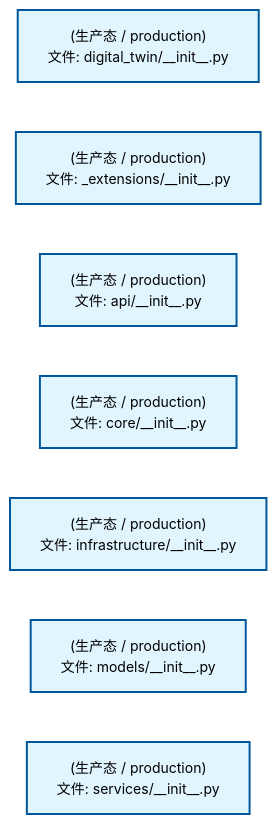
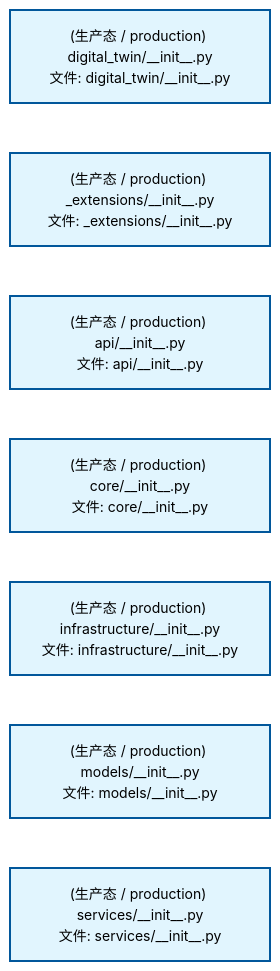
The first of 2 diagrams in docs/02_enterprise_architecture/02_domain_architecture_docs/42_d_digital_twin.md (xuanFelixVan/ZephyrAlpha), drawn with Mermaid before and after one commit. The commit also changed other lines of this file and 77 other files, not shown here.

````diff
--- a/docs/02_enterprise_architecture/02_domain_architecture_docs/42_d_digital_twin.md
+++ b/docs/02_enterprise_architecture/02_domain_architecture_docs/42_d_digital_twin.md
@@ -53,22 +53,22 @@
 ```mermaid
 %%{init: {'theme': 'base', 'themeVariables': {'primaryColor': '#eaeaea', 'primaryTextColor': '#333333', 'primaryBorderColor': '#666666', 'lineColor': '#666666', 'secondaryColor': '#eaeaea', 'tertiaryColor': '#eaeaea', 'fontSize': '14px'}}}%%
 flowchart TD
-    src_zephyr_digital_twin_init_py["(生产态 / production)<br/>文件: digital_twin/__init__.py"]
-    src_zephyr_digital_twin_extensions_init_py["(生产态 / production)<br/>文件: _extensions/__init__.py"]
-    src_zephyr_digital_twin_api_init_py["(生产态 / production)<br/>文件: api/__init__.py"]
-    src_zephyr_digital_twin_core_init_py["(生产态 / production)<br/>文件: core/__init__.py"]
-    src_zephyr_digital_twin_infrastructure_init_py["(生产态 / production)<br/>文件: infrastructure/__init__.py"]
-    src_zephyr_digital_twin_models_init_py["(生产态 / production)<br/>文件: models/__init__.py"]
-    src_zephyr_digital_twin_services_init_py["(生产态 / production)<br/>文件: services/__init__.py"]
+    src_zephyr_digital_twin_init_py["(生产态 / production) digital_twin/__init__.py<br/>文件: digital_twin/__init__.py"]
+    src_zephyr_digital_twin_extensions_init_py["(生产态 / production) _extensions/__init__.py<br/>文件: _extensions/__init__.py"]
+    src_zephyr_digital_twin_api_init_py["(生产态 / production) api/__init__.py<br/>文件: api/__init__.py"]
+    src_zephyr_digital_twin_core_init_py["(生产态 / production) core/__init__.py<br/>文件: core/__init__.py"]
+    src_zephyr_digital_twin_infrastructure_init_py["(生产态 / production) infrastructure/__init__.py<br/>文件: infrastructure/__init__.py"]
+    src_zephyr_digital_twin_models_init_py["(生产态 / production) models/__init__.py<br/>文件: models/__init__.py"]
+    src_zephyr_digital_twin_services_init_py["(生产态 / production) services/__init__.py<br/>文件: services/__init__.py"]
     src_zephyr_digital_twin_init_py ~~~ src_zephyr_digital_twin_extensions_init_py
     src_zephyr_digital_twin_extensions_init_py ~~~ src_zephyr_digital_twin_api_init_py
     src_zephyr_digital_twin_api_init_py ~~~ src_zephyr_digital_twin_core_init_py
     src_zephyr_digital_twin_core_init_py ~~~ src_zephyr_digital_twin_infrastructure_init_py
     src_zephyr_digital_twin_infrastructure_init_py ~~~ src_zephyr_digital_twin_models_init_py
     src_zephyr_digital_twin_models_init_py ~~~ src_zephyr_digital_twin_services_init_py
     classDef production fill:#e1f5fe,stroke:#01579b,stroke-width:2px,color:#000
     classDef design fill:#fff3e0,stroke:#e65100,stroke-width:2px,color:#000,stroke-dasharray: 5 5
     classDef external_prod fill:#e8f4fd,stroke:#0277bd,stroke-width:1px,color:#000
     classDef external_design fill:#fff8e7,stroke:#ef6c00,stroke-width:1px,color:#000,stroke-dasharray: 5 5
     class src_zephyr_digital_twin_init_py,src_zephyr_digital_twin_extensions_init_py,src_zephyr_digital_twin_api_init_py,src_zephyr_digital_twin_core_init_py,src_zephyr_digital_twin_infrastructure_init_py,src_zephyr_digital_twin_models_init_py,src_zephyr_digital_twin_services_init_py production
 ```
````
